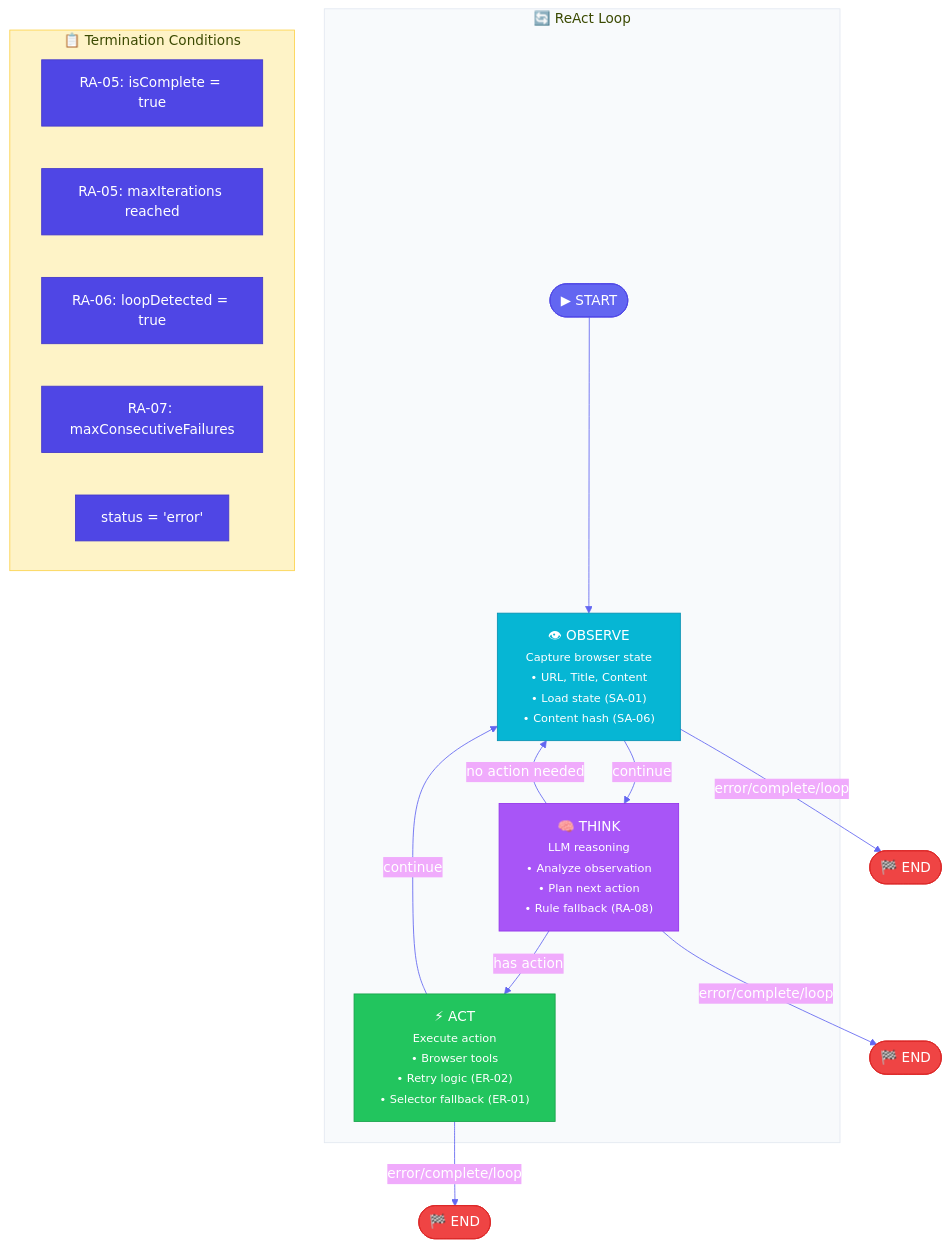
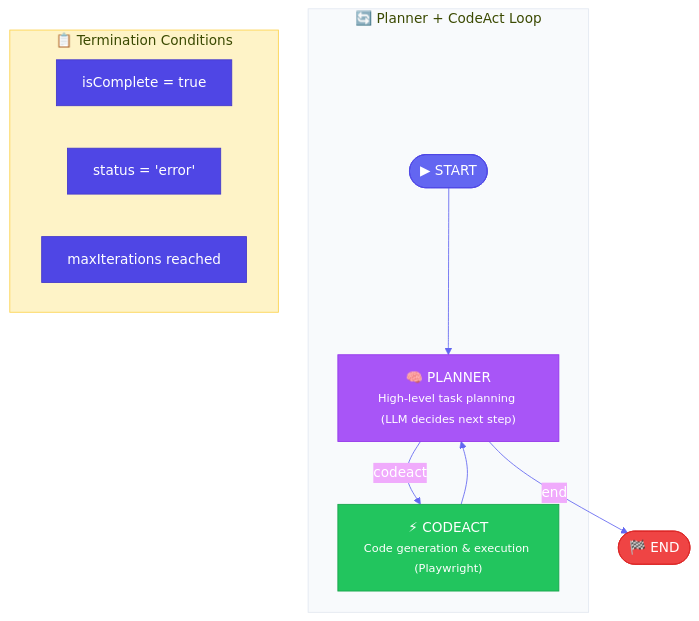
Before and after one commit to pfan8/browser-agent: the diagram in docs/agent-graph.mmd, drawn with Mermaid. The commit also changed 41 other files, not shown here.

```diff
--- a/docs/agent-graph.mmd
+++ b/docs/agent-graph.mmd
@@ -1,40 +1,27 @@
 %%{init: {'theme': 'base', 'themeVariables': { 'primaryColor': '#4f46e5', 'primaryTextColor': '#fff', 'primaryBorderColor': '#4338ca', 'lineColor': '#6366f1', 'secondaryColor': '#f0abfc', 'tertiaryColor': '#c4b5fd'}}}%%
 flowchart TD
-    subgraph ReAct["🔄 ReAct Loop"]
-        START([▶ START]) --> observe
-        
-        observe["👁 OBSERVE<br/><small>Capture browser state</small><br/><small>• URL, Title, Content</small><br/><small>• Load state (SA-01)</small><br/><small>• Content hash (SA-06)</small>"]
-        
-        think["🧠 THINK<br/><small>LLM reasoning</small><br/><small>• Analyze observation</small><br/><small>• Plan next action</small><br/><small>• Rule fallback (RA-08)</small>"]
-        
-        act["⚡ ACT<br/><small>Execute action</small><br/><small>• Browser tools</small><br/><small>• Retry logic (ER-02)</small><br/><small>• Selector fallback (ER-01)</small>"]
+    subgraph AgentLoop["🔄 Planner + CodeAct Loop"]
+        START([▶ START])
+        planner["🧠 PLANNER<br/><small>High-level task planning (LLM decides next step)</small>"]
+        codeact["⚡ CODEACT<br/><small>Code generation & execution (Playwright)</small>"]
     end
-    
-    observe -->|"continue"| think
-    observe -->|"error/complete/loop"| END1([🏁 END])
-    
-    think -->|"has action"| act
-    think -->|"no action needed"| observe
-    think -->|"error/complete/loop"| END2([🏁 END])
-    
-    act -->|"continue"| observe
-    act -->|"error/complete/loop"| END3([🏁 END])
-    
+
+    START --> planner
+    codeact --> planner
+    planner -->|"codeact"| codeact
+    planner -->|"end"| END1
+    END1([🏁 END])
+
     subgraph Conditions["📋 Termination Conditions"]
         direction LR
-        C1["RA-05: isComplete = true"]
-        C2["RA-05: maxIterations reached"]
-        C3["RA-06: loopDetected = true"]
-        C4["RA-07: maxConsecutiveFailures"]
-        C5["status = 'error'"]
+        C1["isComplete = true"]
+        C2["status = 'error'"]
+        C3["maxIterations reached"]
     end
-    
-    style observe fill:#06b6d4,stroke:#0891b2,color:#fff
-    style think fill:#a855f7,stroke:#9333ea,color:#fff
-    style act fill:#22c55e,stroke:#16a34a,color:#fff
+
     style START fill:#6366f1,stroke:#4f46e5,color:#fff
+    style planner fill:#a855f7,stroke:#9333ea,color:#fff
+    style codeact fill:#22c55e,stroke:#16a34a,color:#fff
     style END1 fill:#ef4444,stroke:#dc2626,color:#fff
-    style END2 fill:#ef4444,stroke:#dc2626,color:#fff
-    style END3 fill:#ef4444,stroke:#dc2626,color:#fff
-    style ReAct fill:#f8fafc,stroke:#e2e8f0
+    style AgentLoop fill:#f8fafc,stroke:#e2e8f0
     style Conditions fill:#fef3c7,stroke:#fcd34d
```
